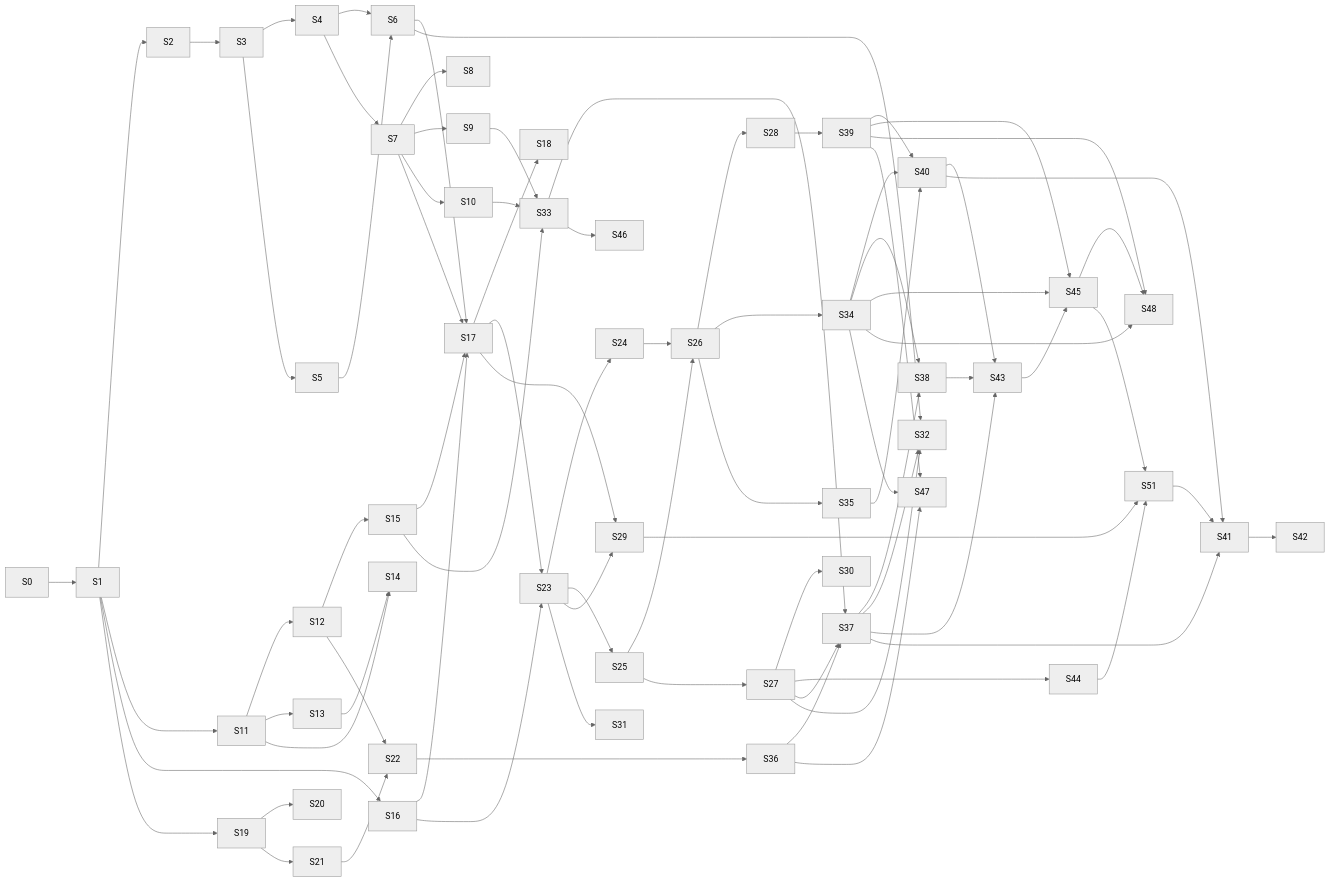
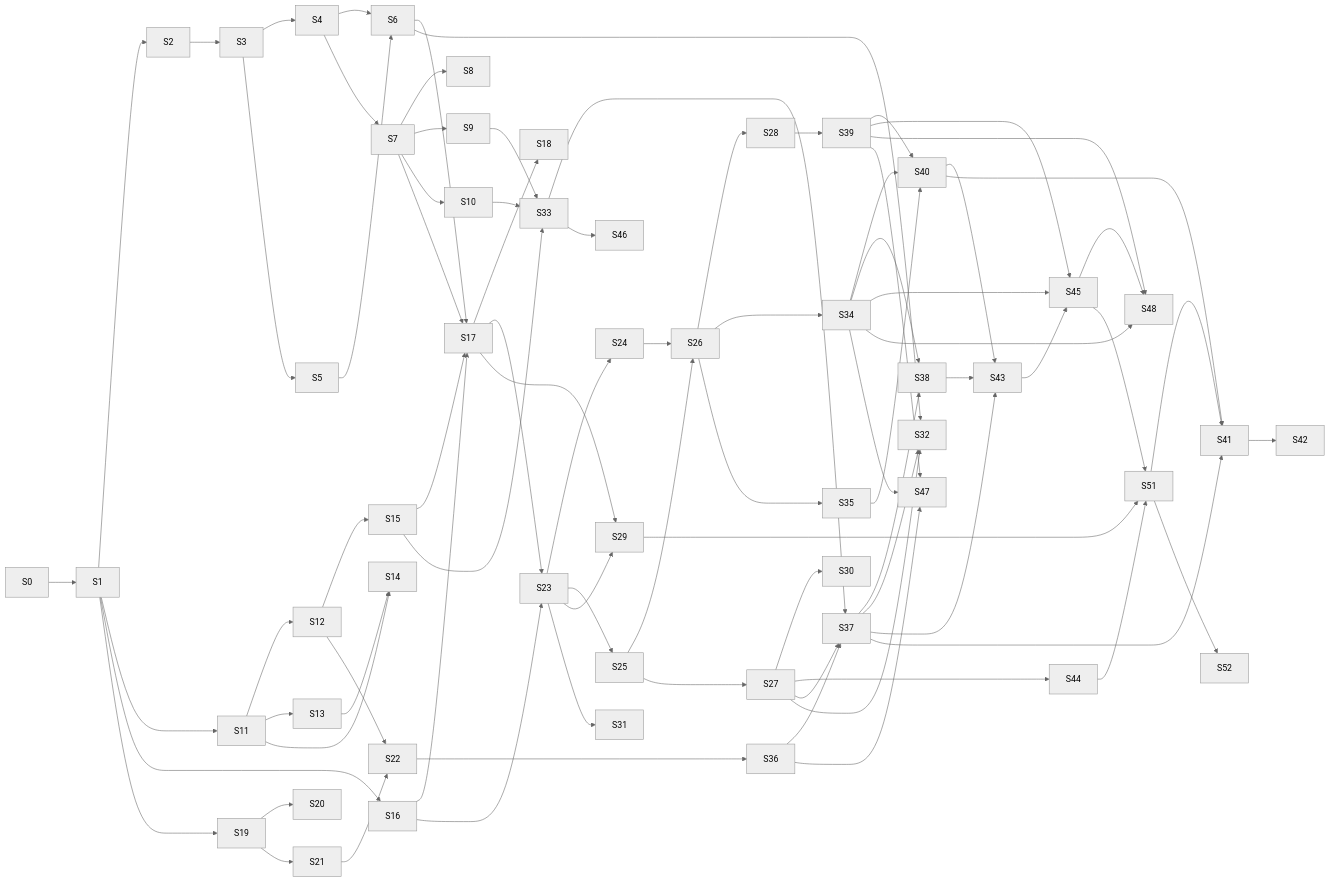
One commit to flakesystems/PrismDMX changed the diagram in IMPLEMENTATION_PLAN.md. Above: the diagram before and after it, drawn with Mermaid (neutral theme). The commit also changed other lines of this file and 89 other files, not shown here.

````diff
--- a/IMPLEMENTATION_PLAN.md
+++ b/IMPLEMENTATION_PLAN.md
@@ -1227,36 +1251,37 @@
 ```mermaid
 flowchart LR
     S0 --> S1 --> S2 --> S3 --> S4 --> S6
     S3 --> S5 --> S6
     S4 --> S7 --> S8
     S7 --> S9 & S10
     S1 --> S11 --> S12 & S13
     S11 --> S14
     S13 --> S14
     S12 --> S15
     S1 --> S16
     S6 & S7 & S15 & S16 --> S17 --> S18
     S1 --> S19 --> S20
     S19 --> S21
     S12 & S21 --> S22
     S16 & S17 --> S23 --> S24 & S25
     S24 & S25 --> S26 --> S28 & S34 & S35
     S25 --> S27 --> S30
     S27 --> S44
     S17 & S23 --> S29
     S23 --> S31
     S28 --> S39
     S39 & S34 & S35 --> S40
     S9 & S10 & S15 --> S33
     S22 --> S36
     S33 & S36 & S27 --> S37 --> S38
     S34 --> S38
     S6 & S27 & S37 --> S32
     S37 & S40 & S38 --> S43 --> S45
     S34 & S39 --> S45
     S39 & S34 & S45 --> S48
     S33 --> S46
     S34 & S39 & S36 --> S47
     S29 & S44 & S45 --> S51
     S37 & S40 & S51 --> S41 --> S42
+    S51 --> S52
 ```
````
